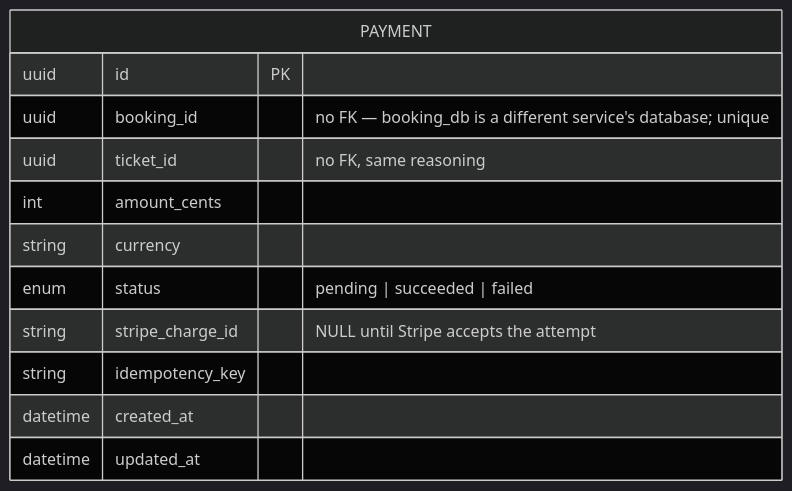
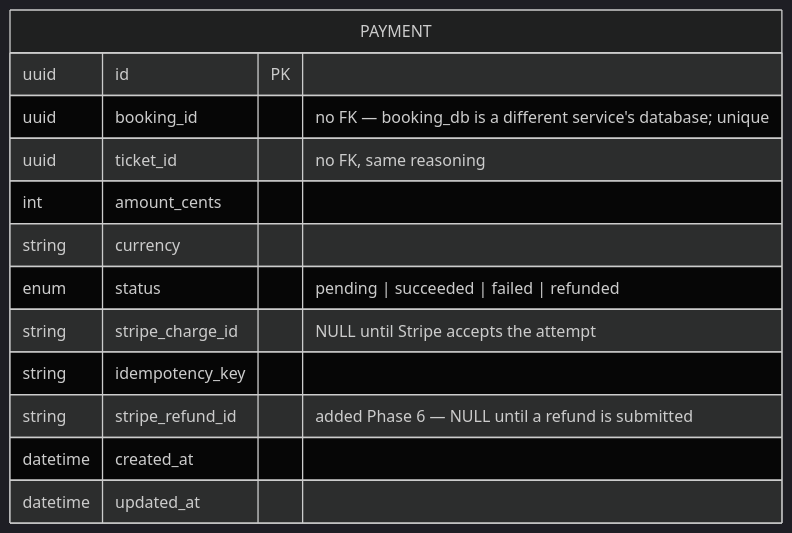
Before and after one commit to STRYKER316/event-ticketing-platform: the third of 3 diagrams in docs/report/database-schema-design.md, drawn with Mermaid (dark theme). The commit also changed other lines of this file and 4 other files, not shown here.

Commit message:
docs: draft Phase 6 report chapters (requirement gathering, class diagrams, schema, testing strategy)

````diff
--- a/docs/report/database-schema-design.md
+++ b/docs/report/database-schema-design.md
@@ -311,15 +329,16 @@
 ```mermaid
 erDiagram
     PAYMENT {
         uuid id PK
         uuid booking_id "no FK — booking_db is a different service's database; unique"
         uuid ticket_id "no FK, same reasoning"
         int amount_cents
         string currency
-        enum status "pending | succeeded | failed"
+        enum status "pending | succeeded | failed | refunded"
         string stripe_charge_id "NULL until Stripe accepts the attempt"
         string idempotency_key
+        string stripe_refund_id "added Phase 6 — NULL until a refund is submitted"
         datetime created_at
         datetime updated_at
     }
 ```
````
